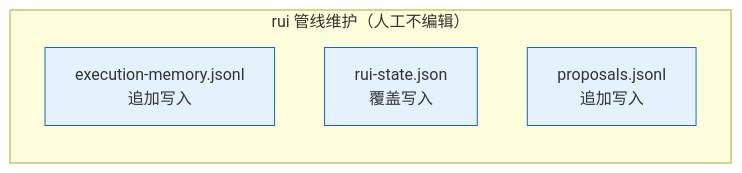
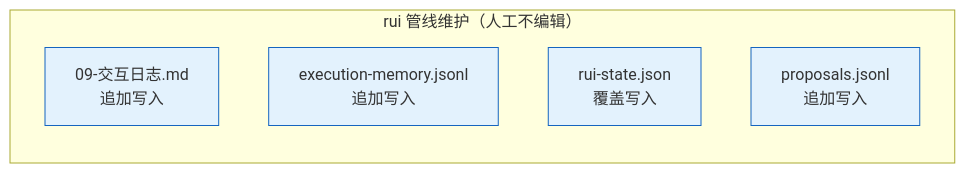
One commit to effiy/YrY changed the fourth of 5 diagrams in skills/rui/coder.md. Above: the diagram before and after it, drawn with Mermaid. The commit also changed other lines of this file and 13 other files, not shown here.

````diff
--- a/skills/rui/coder.md
+++ b/skills/rui/coder.md
@@ -131,10 +136,11 @@
 ```mermaid
 flowchart LR
     subgraph 管理["rui 管线维护（人工不编辑）"]
+        M0["09-交互日志.md<br/>追加写入"]:::data
         M1["execution-memory.jsonl<br/>追加写入"]:::data
         M2["rui-state.json<br/>覆盖写入"]:::data
         M3["proposals.jsonl<br/>追加写入"]:::data
     end
 
     classDef data fill:#e3f2fd,stroke:#1565c0;
 ```
````
